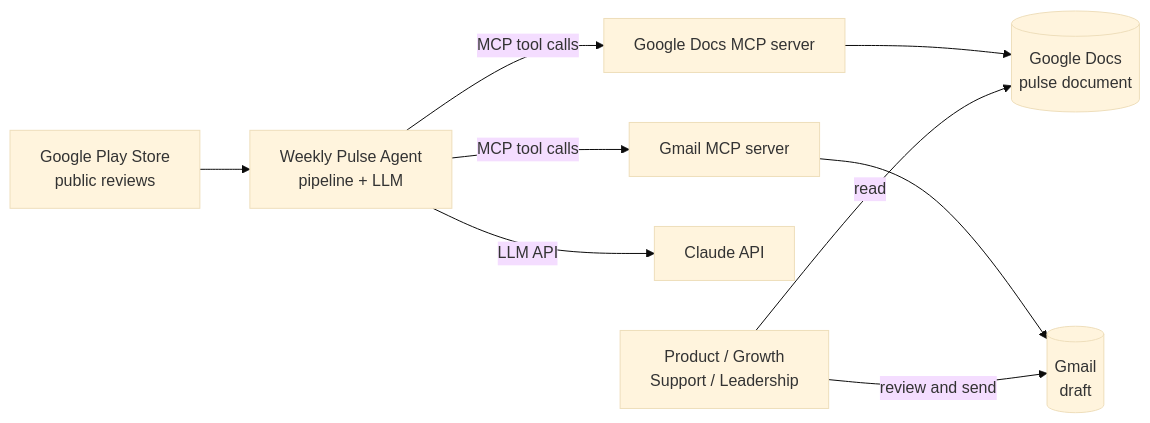
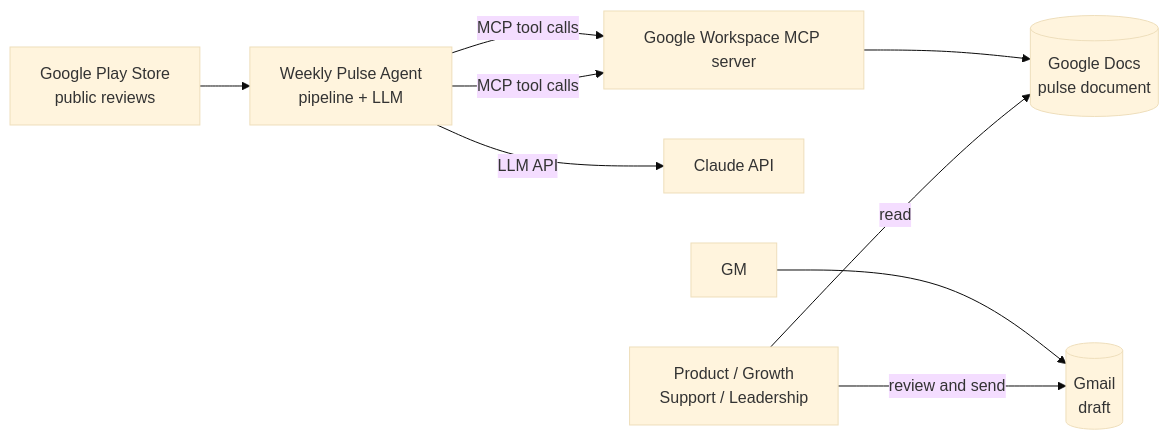
Before and after one commit to hardasprachti/AgenticAI_Project: the first of 4 diagrams in docs/architecture.md, drawn with Mermaid (base theme). The commit also changed other lines of this file and 8 other files, not shown here.

First line of the commit message:
Align plan, config and docs with the single Google Workspace MCP server

````diff
--- a/docs/architecture.md
+++ b/docs/architecture.md
@@ -24,11 +24,11 @@
 ```mermaid
 flowchart LR
     PS[Google Play Store<br/>public reviews] --> A
-    A[Weekly Pulse Agent<br/>pipeline + LLM] -->|MCP tool calls| DM[Google Docs MCP server]
-    A -->|MCP tool calls| GM[Gmail MCP server]
+    A[Weekly Pulse Agent<br/>pipeline + LLM] -->|MCP tool calls| DM[Google Workspace MCP server]
+    A -->|MCP tool calls| DM
     A -->|LLM API| LLM[Claude API]
     DM --> GD[(Google Docs<br/>pulse document)]
     GM --> GMB[(Gmail<br/>draft)]
     U[Product / Growth<br/>Support / Leadership] -->|read| GD
     U -->|review and send| GMB
 ```
````
